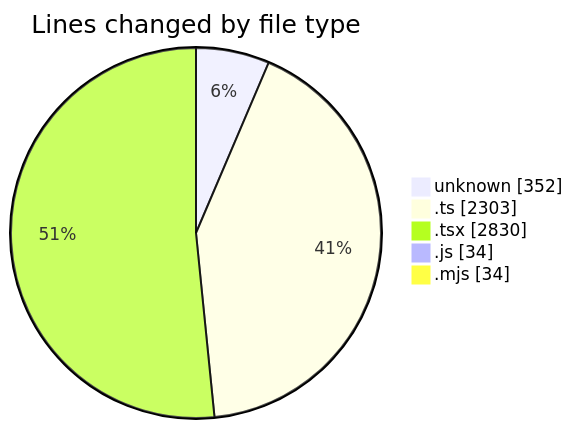
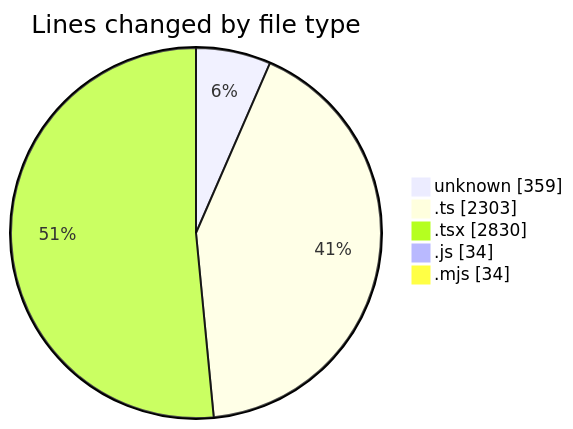
One commit to CELIANVF/code-tracking changed the first of 2 diagrams in 2025-06-13/ecodeli-1/README.md. Above: the diagram before and after it, drawn with Mermaid. The commit also changed other lines of this file and 1 other file, not shown here.

````diff
--- a/2025-06-13/ecodeli-1/README.md
+++ b/2025-06-13/ecodeli-1/README.md
@@ -29,9 +29,9 @@
 ```mermaid
 pie showData
 title Lines changed by file type
-"unknown" : 352
+"unknown" : 359
 ".ts" : 2303
 ".tsx" : 2830
 ".js" : 34
 ".mjs" : 34
 ```
````
